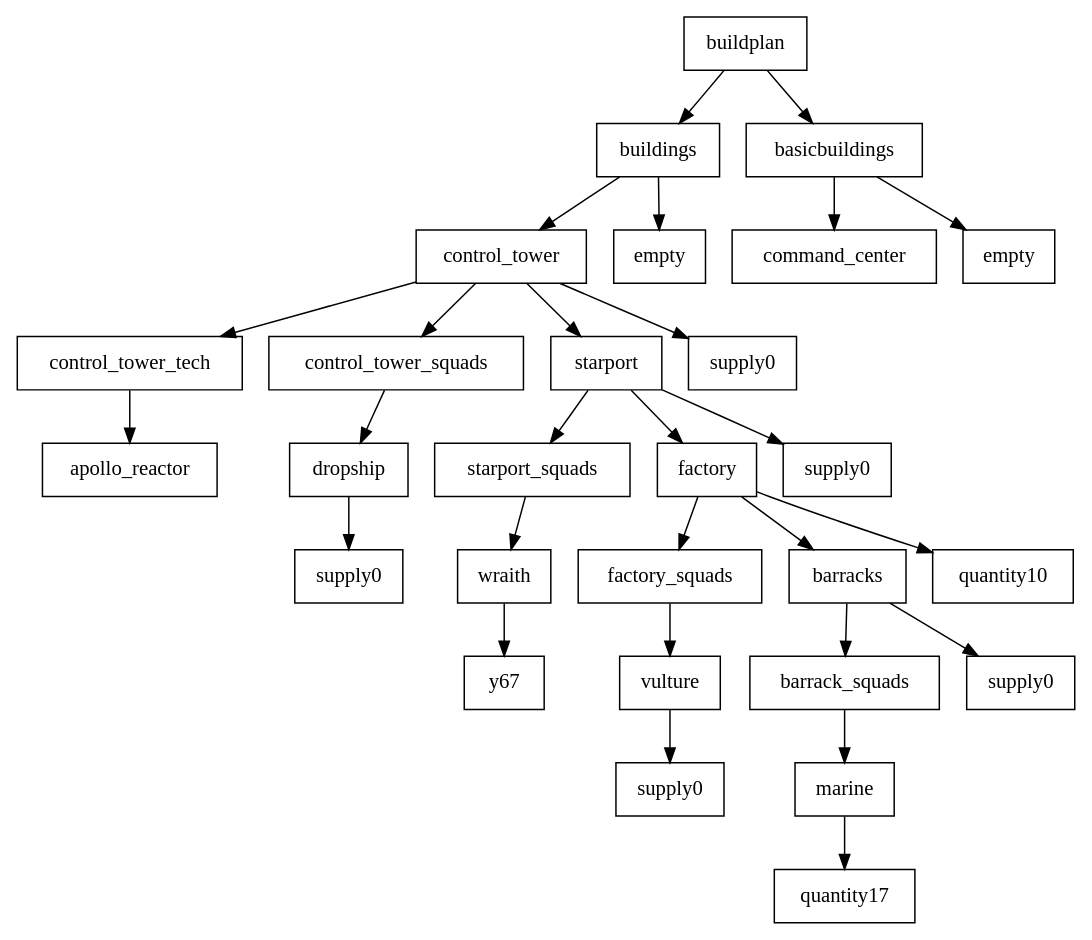
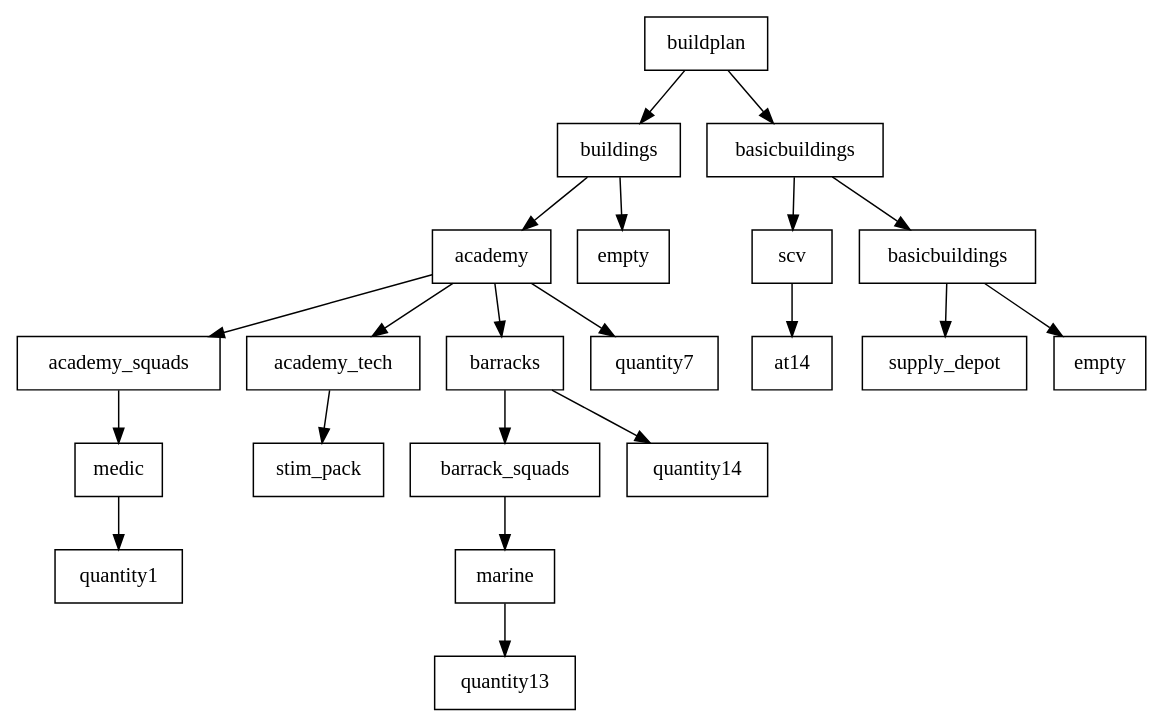
One commit to cryogenic-dreams/StarCraft-GPBot changed the diagram in GPBot/file0.dot. Above: the diagram before and after it, drawn with Graphviz. The commit also changed 18 other files, not shown here.

```diff
--- a/GPBot/file0.dot
+++ b/GPBot/file0.dot
@@ -1,59 +1,45 @@
 digraph g {
 graph [ordering=out];
 node [shape=rectangle];
 n[label = "buildplan"];
 n0[label = "buildings"];
-n00[label = "control_tower"];
-n000[label = "control_tower_tech"];
-n0000[label = "apollo_reactor"];
+n00[label = "academy"];
+n000[label = "academy_squads"];
+n0000[label = "medic"];
+n00000[label = "quantity1"];
+n0000 -> n00000;
 n000 -> n0000;
 n00 -> n000;
-n001[label = "control_tower_squads"];
-n0010[label = "dropship"];
-n00100[label = "supply0"];
-n0010 -> n00100;
+n001[label = "academy_tech"];
+n0010[label = "stim_pack"];
 n001 -> n0010;
 n00 -> n001;
-n002[label = "starport"];
-n0020[label = "starport_squads"];
-n00200[label = "wraith"];
-n002000[label = "y67"];
+n002[label = "barracks"];
+n0020[label = "barrack_squads"];
+n00200[label = "marine"];
+n002000[label = "quantity13"];
 n00200 -> n002000;
 n0020 -> n00200;
 n002 -> n0020;
-n0021[label = "factory"];
-n00210[label = "factory_squads"];
-n002100[label = "vulture"];
-n0021000[label = "supply0"];
-n002100 -> n0021000;
-n00210 -> n002100;
-n0021 -> n00210;
-n00211[label = "barracks"];
-n002110[label = "barrack_squads"];
-n0021100[label = "marine"];
-n00211000[label = "quantity17"];
-n0021100 -> n00211000;
-n002110 -> n0021100;
-n00211 -> n002110;
-n002111[label = "supply0"];
-n00211 -> n002111;
-n0021 -> n00211;
-n00212[label = "quantity10"];
-n0021 -> n00212;
+n0021[label = "quantity14"];
 n002 -> n0021;
-n0022[label = "supply0"];
-n002 -> n0022;
 n00 -> n002;
-n003[label = "supply0"];
+n003[label = "quantity7"];
 n00 -> n003;
 n0 -> n00;
 n01[label = "empty"];
 n0 -> n01;
 n -> n0;
 n1[label = "basicbuildings"];
-n10[label = "command_center"];
+n10[label = "scv"];
+n100[label = "at14"];
+n10 -> n100;
 n1 -> n10;
-n11[label = "empty"];
+n11[label = "basicbuildings"];
+n110[label = "supply_depot"];
+n11 -> n110;
+n111[label = "empty"];
+n11 -> n111;
 n1 -> n11;
 n -> n1;
 }
```
